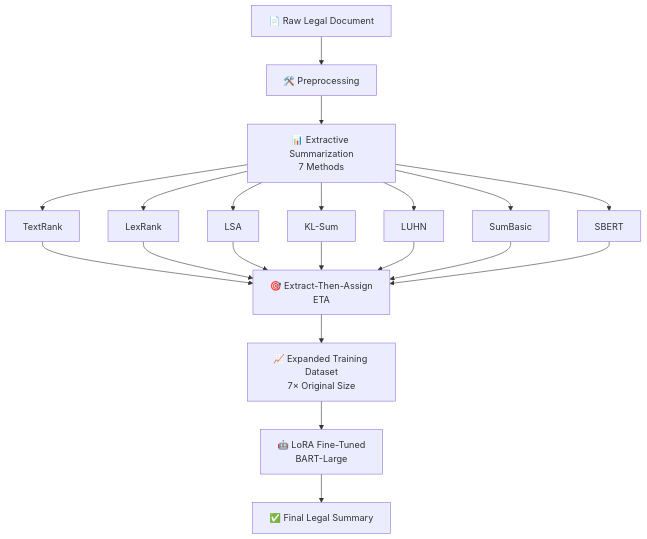
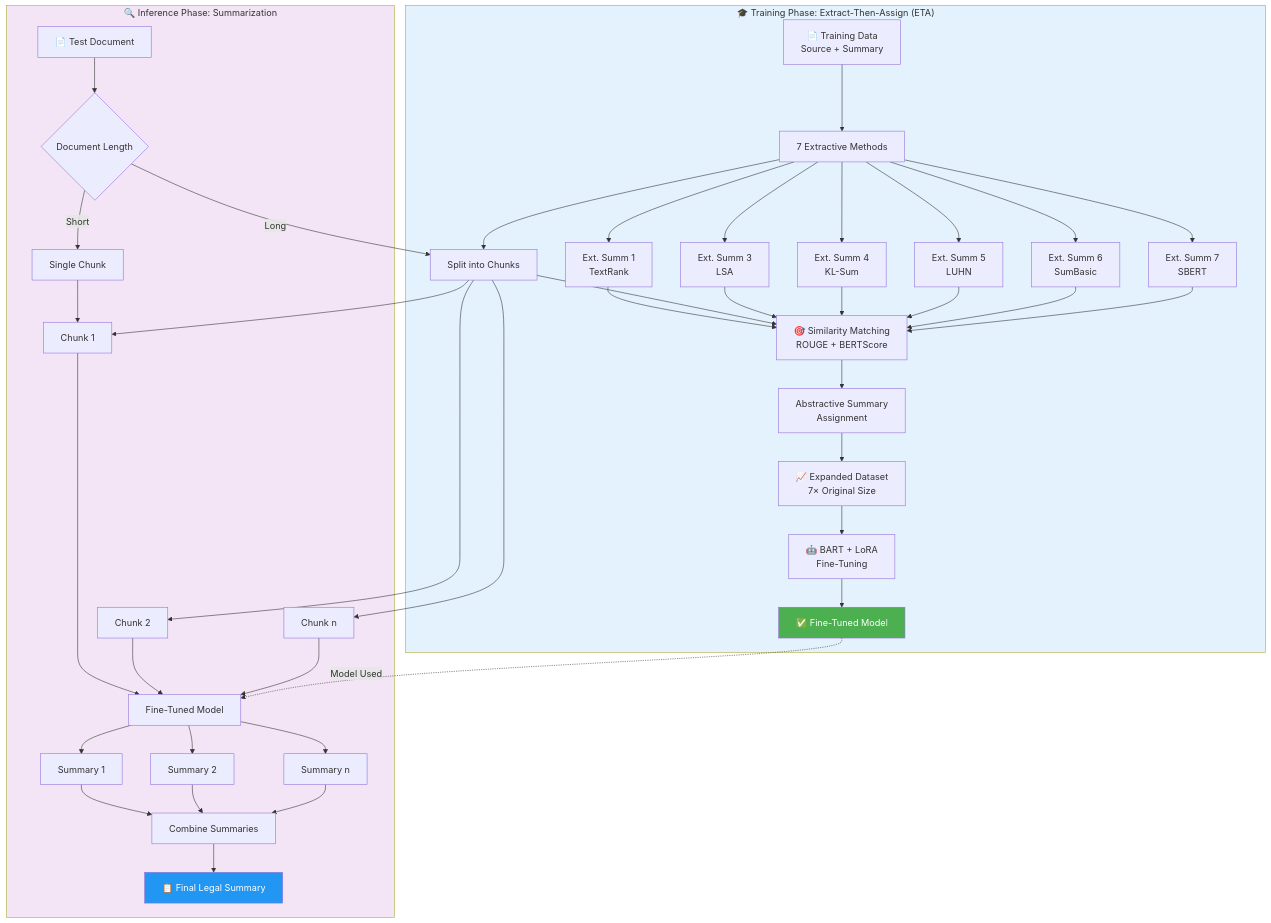
One commit to qwerty070806/LawSummBart changed the diagram in README.md. Above: the diagram before and after it, drawn with Mermaid.

````diff
--- a/README.md
+++ b/README.md
@@ -32,16 +32,44 @@
 ```mermaid
-flowchart TD
-    A[📄 Raw Legal Document] --> B[🛠️ Preprocessing]
-    B --> C[📊 Extractive Summarization<br/>7 Methods]
-    C --> D[TextRank]
-    C --> E[LexRank]
-    C --> F[LSA]
-    C --> G[KL-Sum]
-    C --> H[LUHN]
-    C --> I[SumBasic]
-    C --> J[SBERT]
-    D & E & F & G & H & I & J --> K[🎯 Extract-Then-Assign<br/>ETA]
-    K --> L[📈 Expanded Training Dataset<br/>7× Original Size]
-    L --> M[🤖 LoRA Fine-Tuned<br/>BART-Large]
-    M --> N[✅ Final Legal Summary]
+flowchart TB
+    subgraph Training["🎓 Training Phase: Extract-Then-Assign (ETA)"]
+        A1[📄 Training Data<br/>Source + Summary] --> B1[7 Extractive Methods]
+        B1 --> C1[Ext. Summ 1<br/>TextRank]
+        B1 --> C2[Ext. Summ 2<br/>LexRank]
+        B1 --> C3[Ext. Summ 3<br/>LSA]
+        B1 --> C4[Ext. Summ 4<br/>KL-Sum]
+        B1 --> C5[Ext. Summ 5<br/>LUHN]
+        B1 --> C6[Ext. Summ 6<br/>SumBasic]
+        B1 --> C7[Ext. Summ 7<br/>SBERT]
+        
+        C1 & C2 & C3 & C4 & C5 & C6 & C7 --> D1[🎯 Similarity Matching<br/>ROUGE + BERTScore]
+        D1 --> E1[Abstractive Summary<br/>Assignment]
+        E1 --> F1[📈 Expanded Dataset<br/>7× Original Size]
+        F1 --> G1[🤖 BART + LoRA<br/>Fine-Tuning]
+        G1 --> H1[✅ Fine-Tuned Model]
+    end
+    
+    subgraph Inference["🔍 Inference Phase: Summarization"]
+        A2[📄 Test Document] --> B2{Document Length}
+        B2 -->|Long| C2[Split into Chunks]
+        B2 -->|Short| D2[Single Chunk]
+        C2 --> E2[Chunk 1]
+        C2 --> E3[Chunk 2]
+        C2 --> E4[Chunk n]
+        D2 --> E2
+        
+        E2 & E3 & E4 --> F2[Fine-Tuned Model]
+        F2 --> G2[Summary 1]
+        F2 --> G3[Summary 2]
+        F2 --> G4[Summary n]
+        
+        G2 & G3 & G4 --> H2[Combine Summaries]
+        H2 --> I2[📋 Final Legal Summary]
+    end
+    
+    H1 -.->|Model Used| F2
+    
+    style Training fill:#e3f2fd
+    style Inference fill:#f3e5f5
+    style H1 fill:#4caf50,color:#fff
+    style I2 fill:#2196f3,color:#fff
 ```
````
